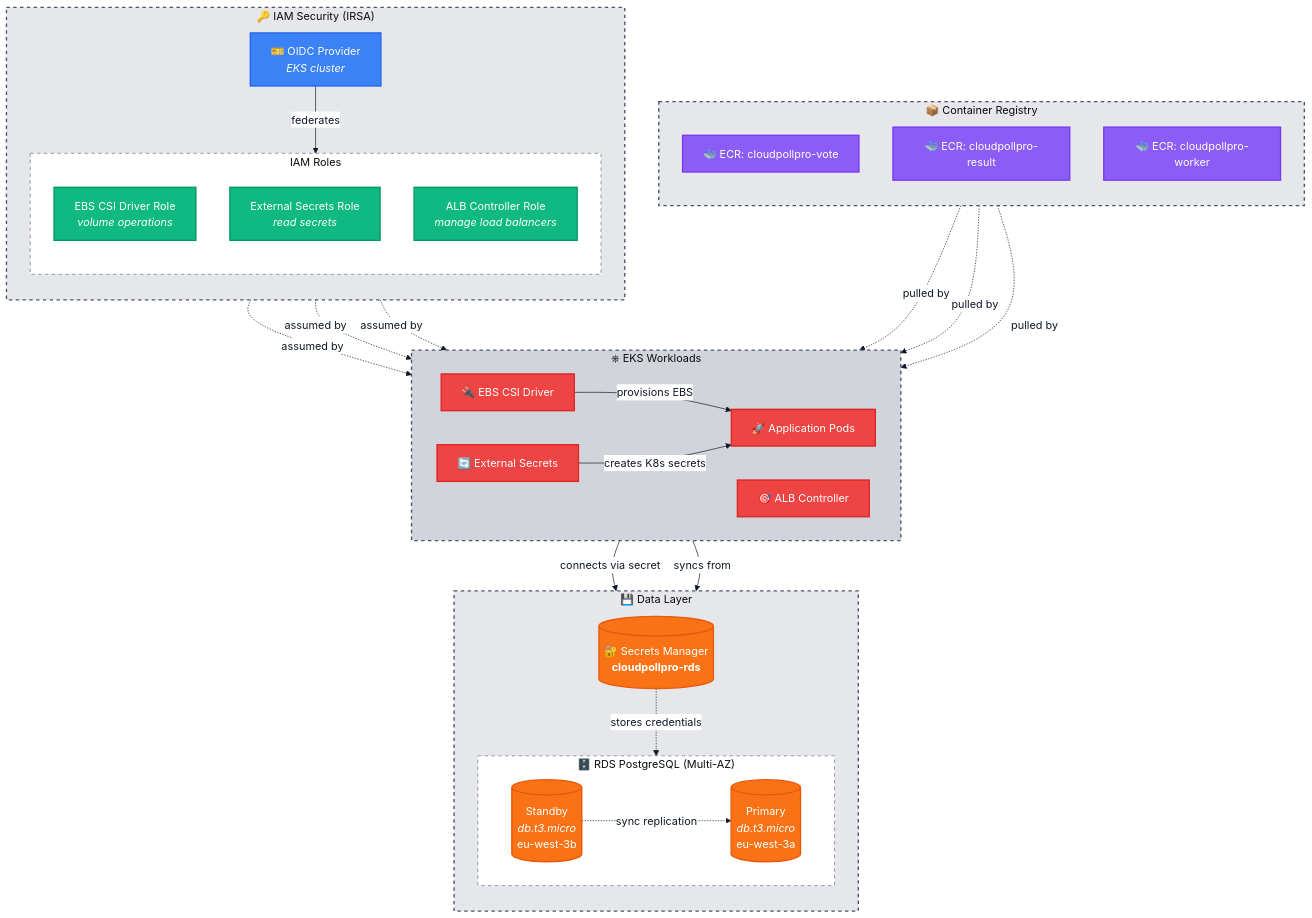
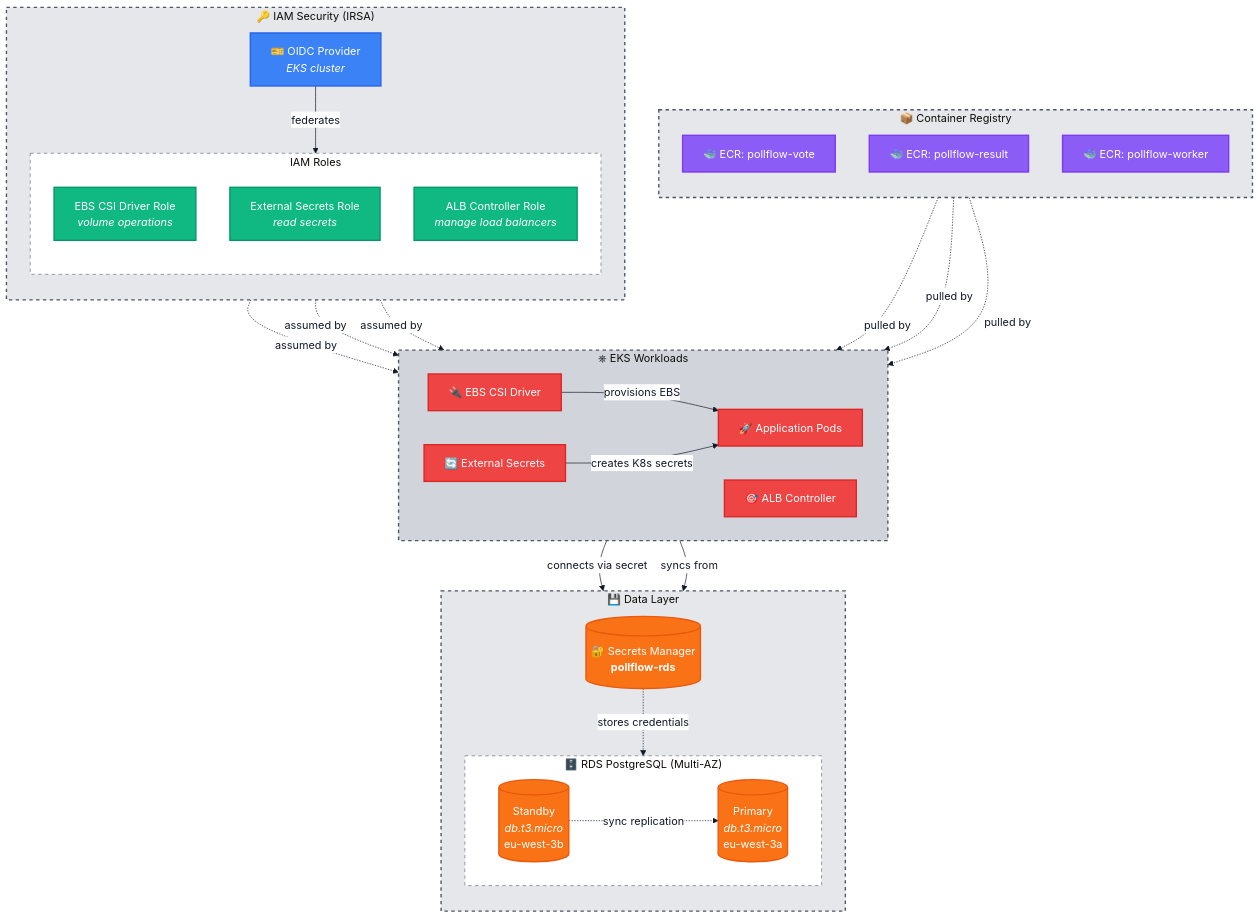
The second of 2 diagrams in infra/tf-main/README.md (aviyadeveloper/pollflow), drawn with Mermaid before and after one commit. The commit also changed other lines of this file and 36 other files, not shown here.

Commit message:
chore: change cloudpollpro project name to pollflow

```diff
--- a/infra/tf-main/README.md
+++ b/infra/tf-main/README.md
@@ -145,14 +145,14 @@
             RDS_STANDBY -.->|sync replication| RDS_PRIMARY
         end
         
-        SM[("🔐 Secrets Manager<br/><b>cloudpollpro-rds</b>")]
+        SM[("🔐 Secrets Manager<br/><b>pollflow-rds</b>")]
     end
     
     subgraph REGISTRY["📦 Container Registry"]
         direction TB
-        ECR_VOTE["🐳 ECR: cloudpollpro-vote"]
-        ECR_RESULT["🐳 ECR: cloudpollpro-result"]
-        ECR_WORKER["🐳 ECR: cloudpollpro-worker"]
+        ECR_VOTE["🐳 ECR: pollflow-vote"]
+        ECR_RESULT["🐳 ECR: pollflow-result"]
+        ECR_WORKER["🐳 ECR: pollflow-worker"]
     end
     
     subgraph IAM["🔑 IAM Security (IRSA)"]
```
